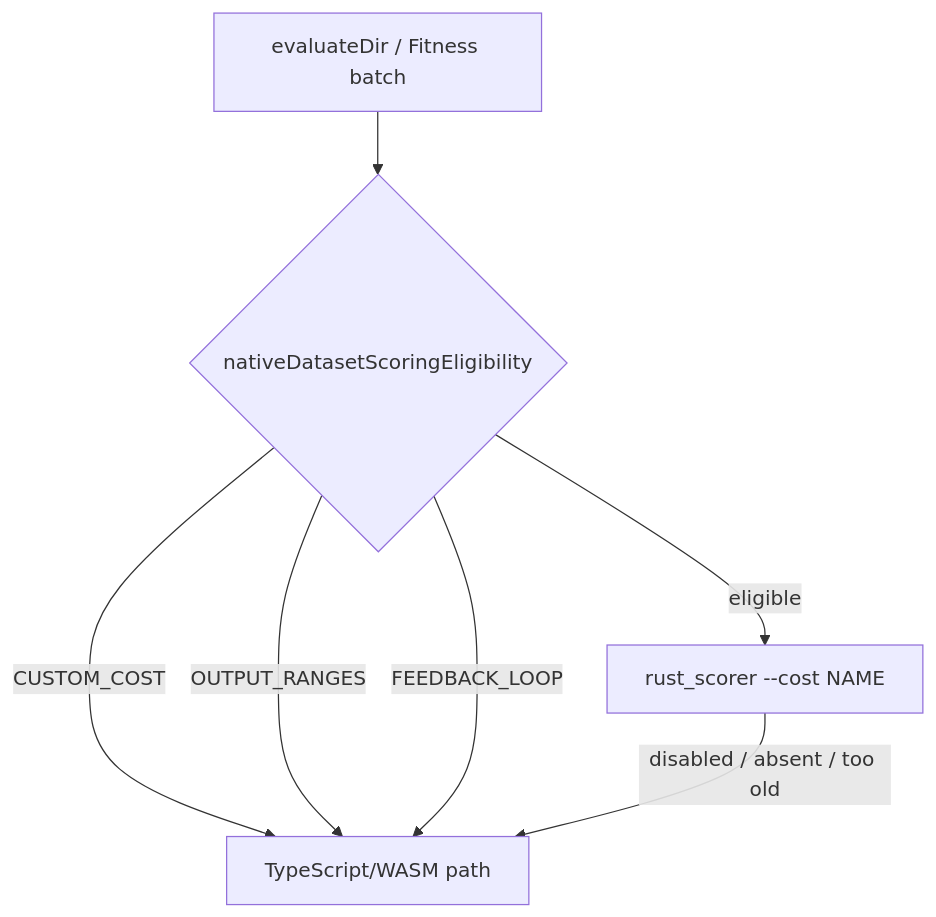
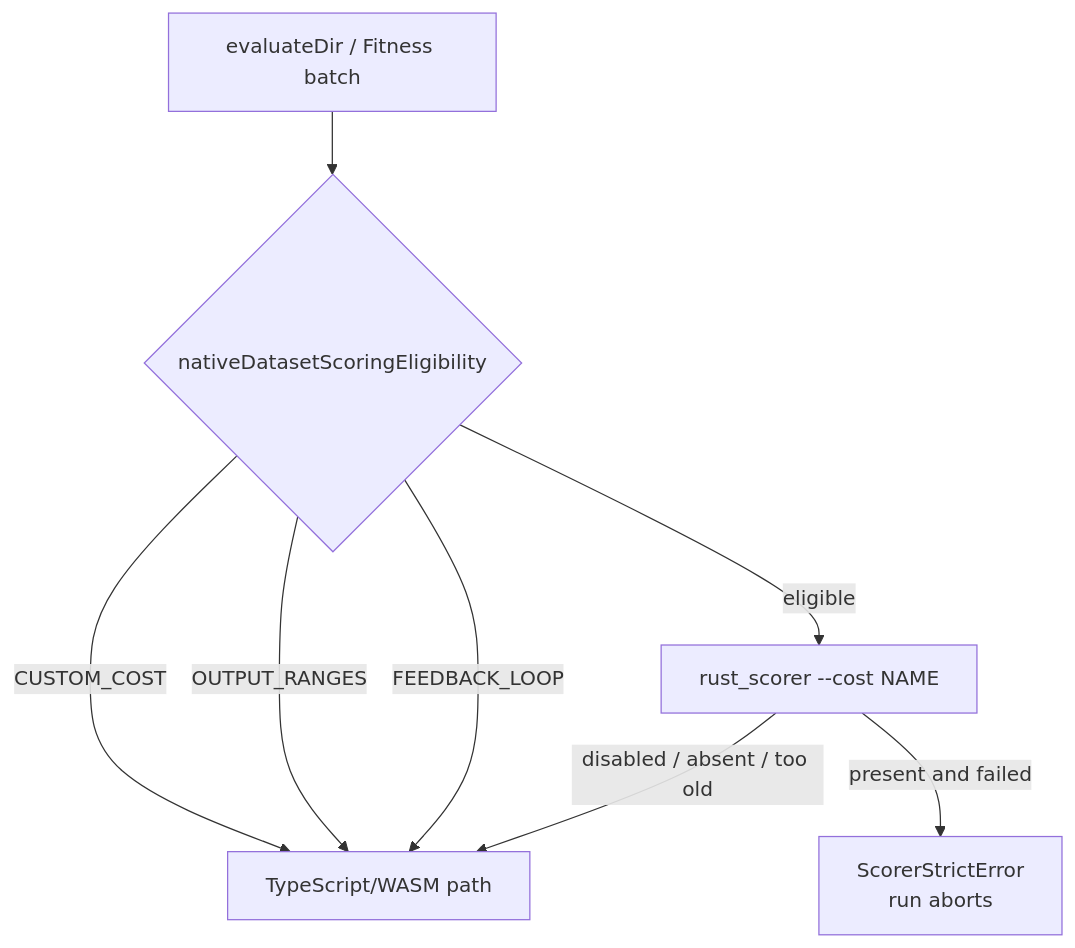
One commit to stSoftwareAU/NEAT-AI changed the first of 2 diagrams in docs/api/COSTS_AND_ACTIVATIONS.md. Above: the diagram before and after it, drawn with Mermaid. The commit also changed other lines of this file and 1 other file, not shown here.

````diff
--- a/docs/api/COSTS_AND_ACTIVATIONS.md
+++ b/docs/api/COSTS_AND_ACTIVATIONS.md
@@ -99,9 +99,10 @@
 ```mermaid
 flowchart TD
     A[evaluateDir / Fitness batch] --> B{nativeDatasetScoringEligibility}
     B -- "CUSTOM_COST" --> T[TypeScript/WASM path]
     B -- "OUTPUT_RANGES" --> T
     B -- "FEEDBACK_LOOP" --> T
     B -- "eligible" --> R[rust_scorer --cost NAME]
     R -- "disabled / absent / too old" --> T
+    R -- "present and failed" --> X[ScorerStrictError<br/>run aborts]
 ```
````
